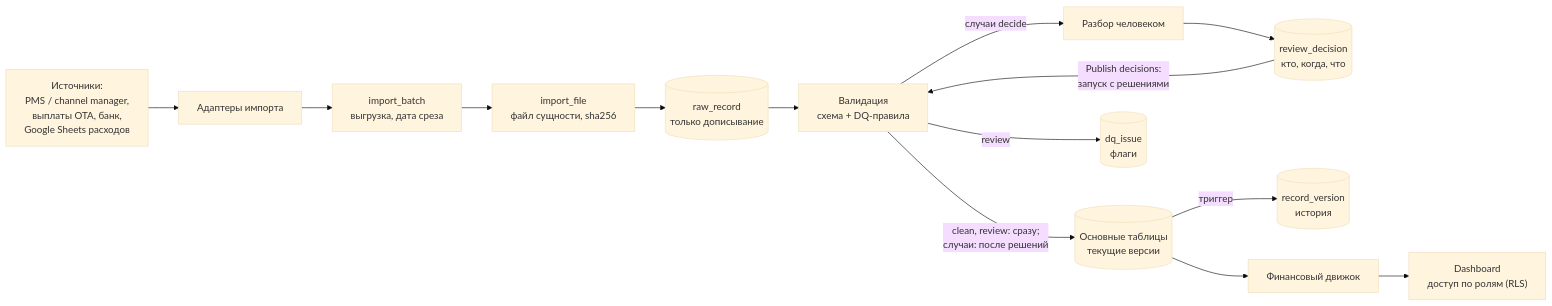
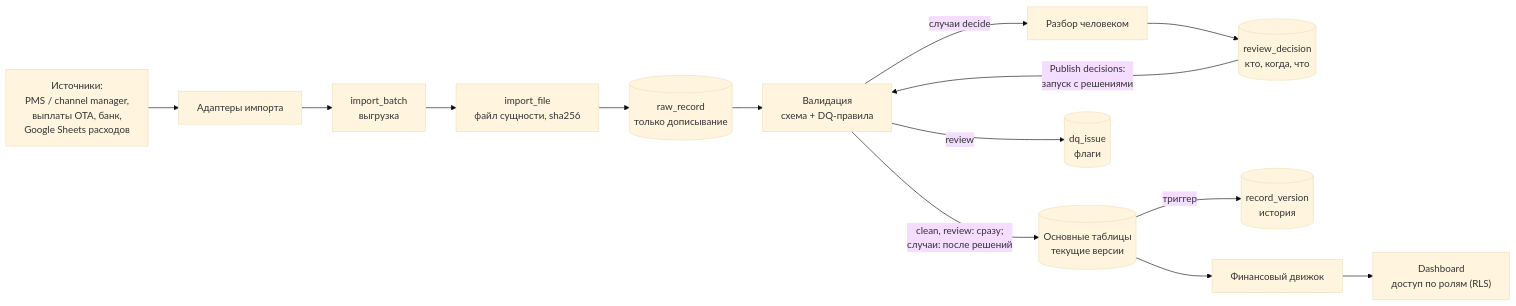
One commit to ProjectINT/business-system changed the second of 2 diagrams in docs/PLAN.md. Above: the diagram before and after it, drawn with Mermaid (base theme). The commit also changed other lines of this file and 65 other files, not shown here.

````diff
--- a/docs/PLAN.md
+++ b/docs/PLAN.md
@@ -76,16 +76,16 @@
 ```mermaid
 flowchart LR
   SRC["Источники:<br/>PMS / channel manager,<br/>выплаты OTA, банк,<br/>Google Sheets расходов"] --> AD["Адаптеры импорта"]
-  AD --> B["import_batch<br/>выгрузка, дата среза"]
+  AD --> B["import_batch<br/>выгрузка"]
   B --> F["import_file<br/>файл сущности, sha256"]
   F --> RAW[("raw_record<br/>только дописывание")]
   RAW --> VAL["Валидация<br/>схема + DQ-правила"]
   VAL -->|"случаи decide"| REV["Разбор человеком"]
   REV --> DEC[("review_decision<br/>кто, когда, что")]
   DEC -->|"Publish decisions:<br/>запуск с решениями"| VAL
   VAL -->|"clean, review: сразу;<br/>случаи: после решений"| CORE[("Основные таблицы<br/>текущие версии")]
   CORE -->|"триггер"| HIST[("record_version<br/>история")]
   VAL -->|"review"| ISS[("dq_issue<br/>флаги")]
   CORE --> CALC["Финансовый движок"]
   CALC --> DASH["Dashboard<br/>доступ по ролям (RLS)"]
 ```
````
